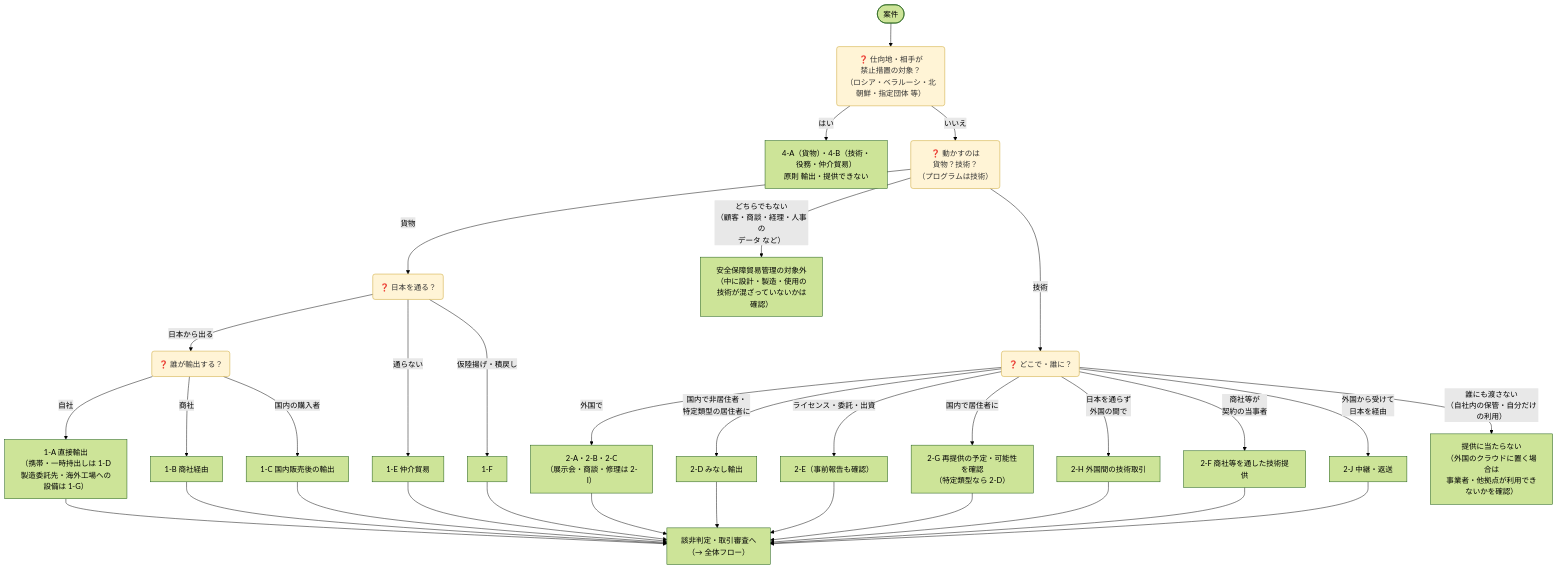
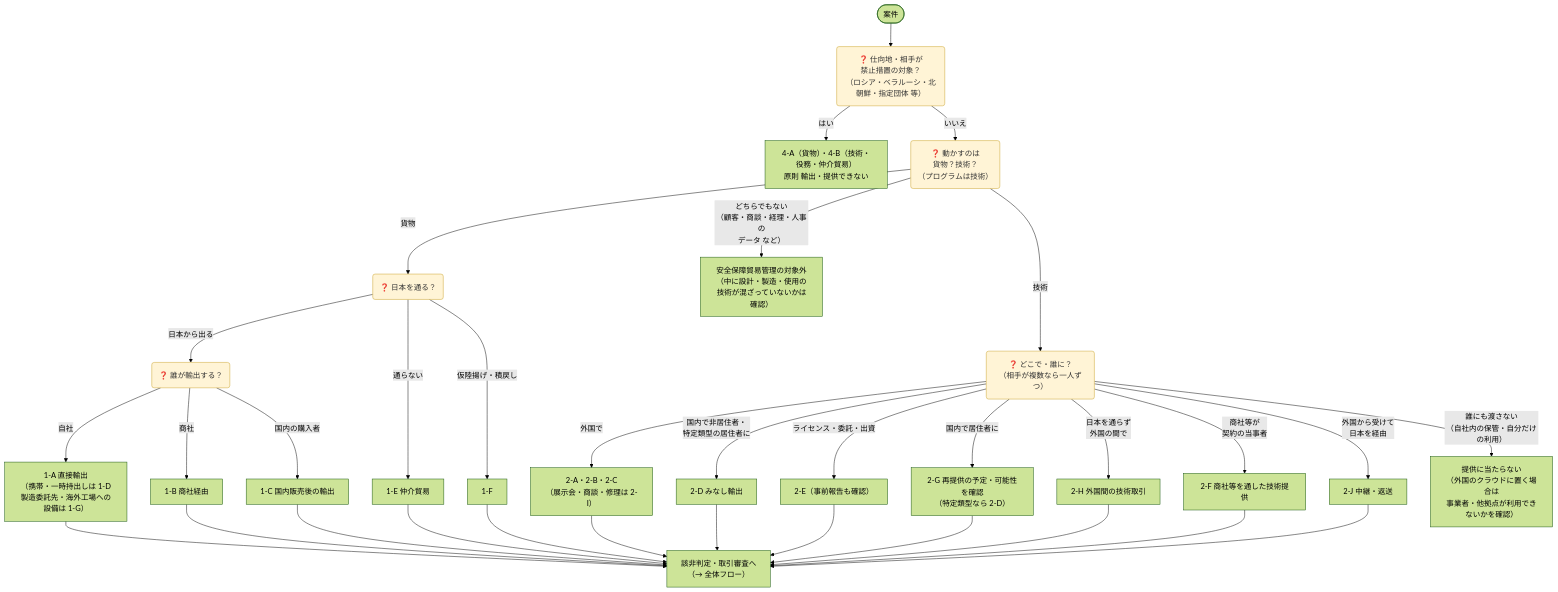
Before and after one commit to bamboo-go/export-control-hub: the second of 3 diagrams in content/ja/docs/01-overview/export-patterns/index.md, drawn with Mermaid (forest theme). The commit also changed other lines of this file, not shown here.

Commit message:
Judge each recipient separately when technology is shared with several people

````diff
--- a/content/ja/docs/01-overview/export-patterns/index.md
+++ b/content/ja/docs/01-overview/export-patterns/index.md
@@ -102,26 +102,26 @@
 ```mermaid
 flowchart TD
   S(["案件"]) --> P("❓ 仕向地・相手が<br/>禁止措置の対象？<br/>（ロシア・ベラルーシ・北朝鮮・指定団体 等）")
   P -- はい --> X["4-A（貨物）・4-B（技術・役務・仲介貿易）<br/>原則 輸出・提供できない"]
   P -- いいえ --> O("❓ 動かすのは<br/>貨物？技術？<br/>（プログラムは技術）")
   O -- 貨物 --> W("❓ 日本を通る？")
   W -- 通らない --> E1["1-E 仲介貿易"]
   W -- 仮陸揚げ・積戻し --> F1["1-F"]
   W -- 日本から出る --> H("❓ 誰が輸出する？")
   H -- 自社 --> A1["1-A 直接輸出<br/>（携帯・一時持出しは 1-D<br/>製造委託先・海外工場への設備は 1-G）"]
   H -- 商社 --> B1["1-B 商社経由"]
   H -- 国内の購入者 --> C1["1-C 国内販売後の輸出"]
-  O -- 技術 --> T("❓ どこで・誰に？")
+  O -- 技術 --> T("❓ どこで・誰に？<br/>（相手が複数なら一人ずつ）")
   O -- どちらでもない<br/>（顧客・商談・経理・人事の<br/>データ など） --> N1["安全保障貿易管理の対象外<br/>（中に設計・製造・使用の<br/>技術が混ざっていないかは確認）"]
   T -- 外国で --> T1["2-A・2-B・2-C<br/>（展示会・商談・修理は 2-I）"]
   T -- 国内で非居住者・<br/>特定類型の居住者に --> T2["2-D みなし輸出"]
   T -- ライセンス・委託・出資 --> T3["2-E（事前報告も確認）"]
   T -- 国内で居住者に --> T4["2-G 再提供の予定・可能性を確認<br/>（特定類型なら 2-D）"]
   T -- 商社等が<br/>契約の当事者 --> T6["2-F 商社等を通した技術提供"]
   T -- 日本を通らず<br/>外国の間で --> T5["2-H 外国間の技術取引"]
   T -- 外国から受けて<br/>日本を経由 --> T7["2-J 中継・返送"]
   T -- 誰にも渡さない<br/>（自社内の保管・自分だけの利用） --> T8["提供に当たらない<br/>（外国のクラウドに置く場合は<br/>事業者・他拠点が利用できないかを確認）"]
   A1 & B1 & C1 & E1 & F1 & T1 & T2 & T3 & T4 & T5 & T6 & T7 --> Z["該非判定・取引審査へ<br/>（→ 全体フロー）"]
   classDef q fill:#fff4d6,stroke:#c9a227,color:#333;
   class P,O,W,H,T q;
 ```
````
